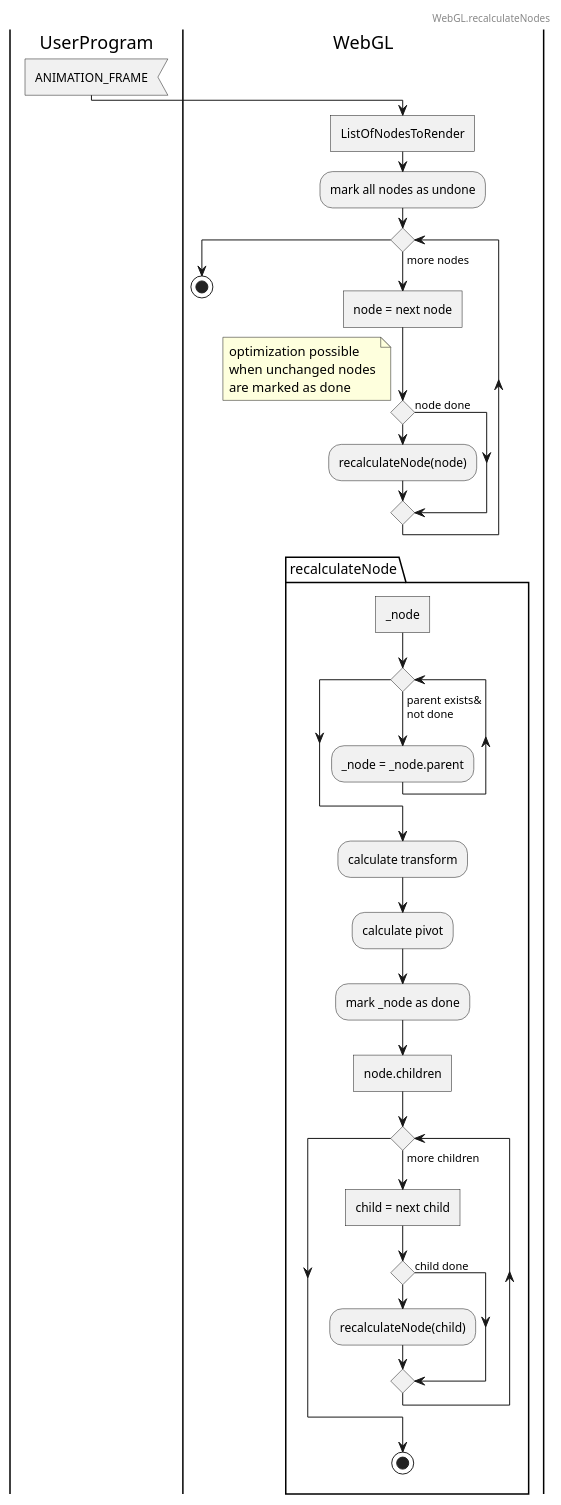
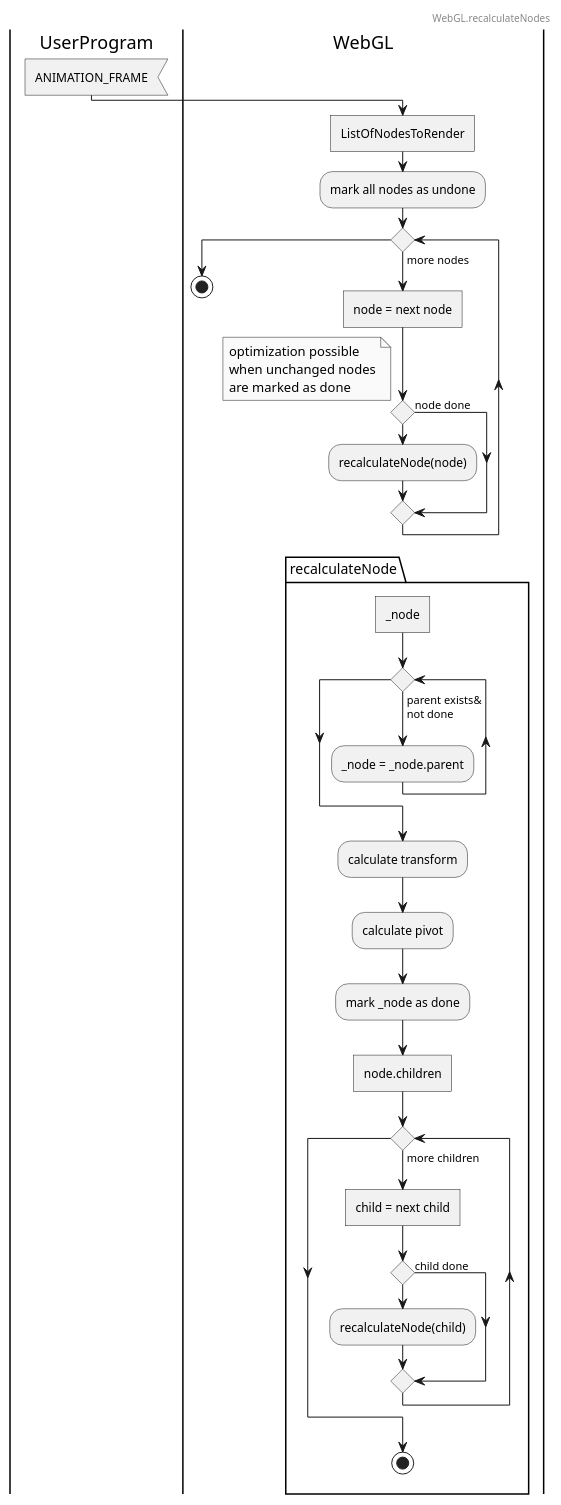
Before and after one commit to JirkaDellOro/FUDGE: the fourth of 4 diagrams in Design/WebGL_Proposal_Node-Processing.puml, drawn with PlantUML. The commit also changed other lines of this file, not shown here.

Commit message:
Diagram style adjusted

```diff
--- a/Design/WebGL_Proposal_Node-Processing.puml
+++ b/Design/WebGL_Proposal_Node-Processing.puml
@@ -176,44 +182,46 @@
 @startuml WebGL.recalculateNodes
+skinparam monochrome true
+skinparam shadowing false
 header
     WebGL.recalculateNodes
 endheader
 |UserProgram|
 |WebGL|
 |UserProgram|
 :ANIMATION_FRAME<
 |WebGL|
 :ListOfNodesToRender]
 :mark all nodes as undone;
 while () is (more nodes)
     :node = next node]
     if () then (node done)
         note left
             optimization possible
             when unchanged nodes
             are marked as done
         end note
     else
         :recalculateNode(node);
     endif
 endwhile
 stop
 |WebGL|
 package recalculateNode {
     :_node]
     while () is (parent exists&\nnot done)
         :_node = _node.parent;
     endwhile
     :calculate transform;
     :calculate pivot;
     :mark _node as done;
     :node.children]
     while () is (more children)
         :child = next child]
         if () then (child done)
         else
             :recalculateNode(child);
         endif
     endwhile
     stop
 }
 @enduml
```
